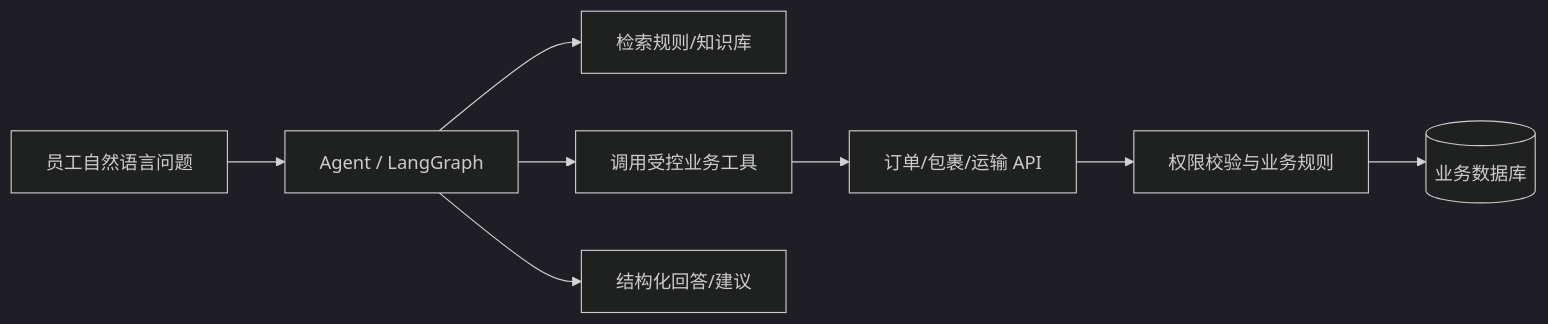
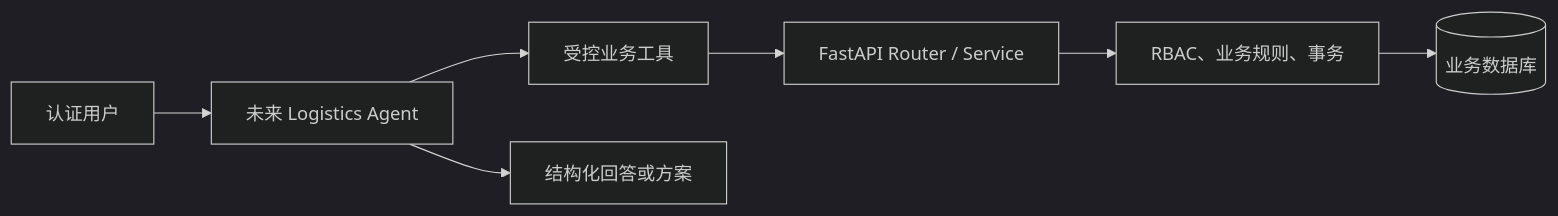
The sixth of 6 diagrams in FLOWS_DIAGRAMS.md (scottsux/TMS), drawn with Mermaid (dark theme) before and after one commit. The commit also changed other lines of this file and 4 other files, not shown here.

````diff
--- a/FLOWS_DIAGRAMS.md
+++ b/FLOWS_DIAGRAMS.md
@@ -151,10 +148,9 @@
 ```mermaid
 flowchart LR
-    U[员工自然语言问题] --> A[Agent / LangGraph]
-    A --> R[检索规则/知识库]
-    A --> T[调用受控业务工具]
-    T --> B[订单/包裹/运输 API]
-    B --> V[权限校验与业务规则]
+    U[认证用户] --> A[未来 Logistics Agent]
+    A --> T[受控业务工具]
+    T --> B[FastAPI Router / Service]
+    B --> V[RBAC、业务规则、事务]
     V --> DB[(业务数据库)]
-    A --> O[结构化回答/建议]
+    A --> O[结构化回答或方案]
 ```
````
